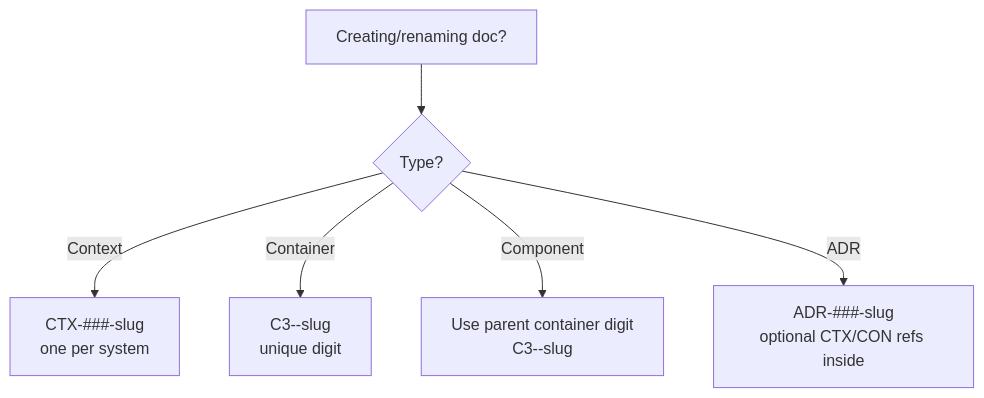
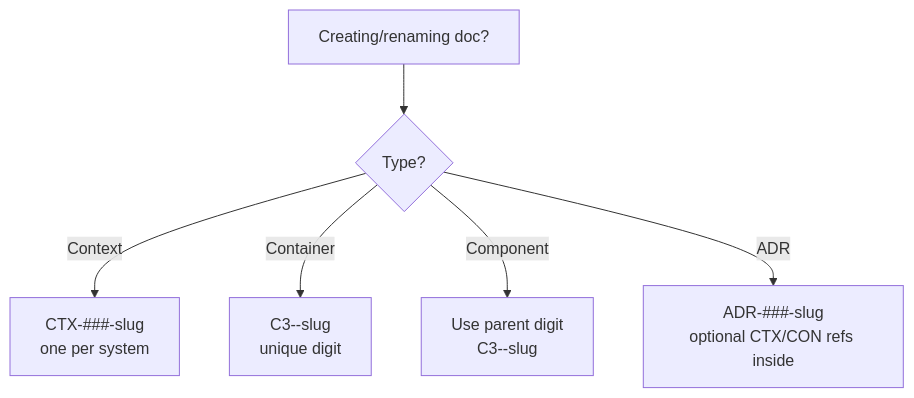
Before and after one commit to lagz0ne/c3-skill: the diagram in skills/c3-naming/SKILL.md, drawn with Mermaid. The commit also changed other lines of this file, not shown here.

````diff
--- a/skills/c3-naming/SKILL.md
+++ b/skills/c3-naming/SKILL.md
@@ -33,8 +33,8 @@
 ```mermaid
 flowchart TD
     Need[Creating/renaming doc?] --> Type{Type?}
     Type -->|Context| Ctx[CTX-###-slug<br/>one per system]
     Type -->|Container| Con[C3-<C>-slug<br/>unique digit]
-    Type -->|Component| Com[Use parent container digit<br/>C3-<C><NN>-slug]
+    Type -->|Component| Com[Use parent digit<br/>C3-<C><NN>-slug]
     Type -->|ADR| Adr[ADR-###-slug<br/>optional CTX/CON refs inside]
 ```
````
